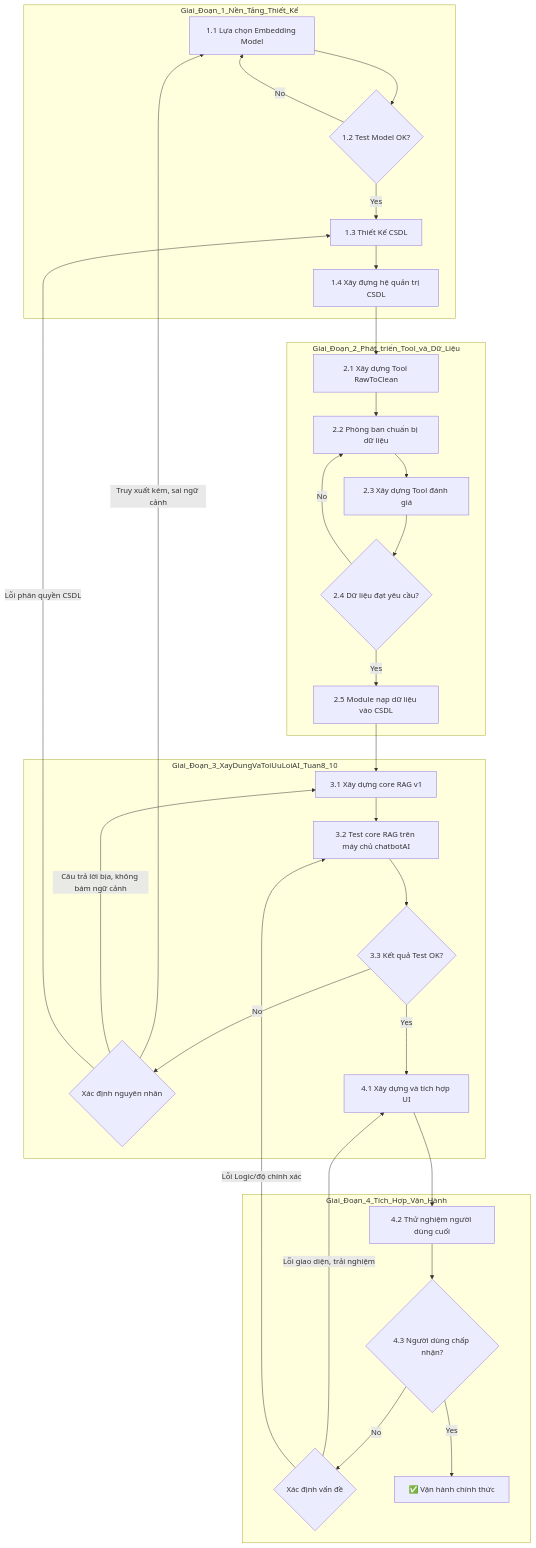
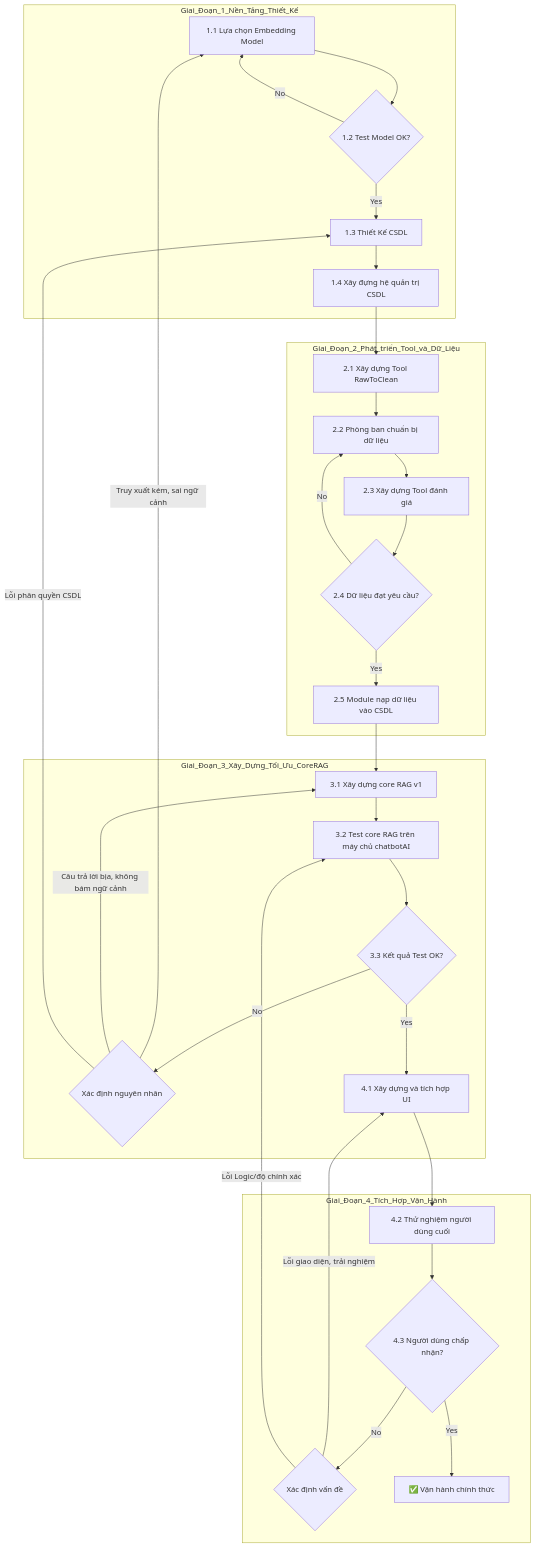
The diagram in biendo.md (ngoquytuan/chatbotweb), drawn with Mermaid before and after one commit.

````diff
--- a/biendo.md
+++ b/biendo.md
@@ -8,42 +8,42 @@
 ```mermaid
 graph TD
     subgraph Giai_Đoạn_1_Nền_Tảng_Thiết_Kế
         A1[1.1 Lựa chọn Embedding Model] --> A2{1.2 Test Model OK?}
         A2 -- Yes --> B1
         A2 -- No --> A1
         
         B1[1.3 Thiết Kế CSDL] --> B2[1.4 Xây đựng hệ quản trị CSDL]
     end
 
     subgraph Giai_Đoạn_2_Phát_triển_Tool_và_Dữ_Liệu
         C1[2.1 Xây dựng Tool RawToClean] --> C2[2.2 Phòng ban chuẩn bị dữ liệu]
         C2 --> D1[2.3 Xây dựng Tool đánh giá]
         D1 --> D2{2.4 Dữ liệu đạt yêu cầu?}
         D2 -- No --> C2
         D2 -- Yes --> E1[2.5 Module nạp dữ liệu vào CSDL]
     end
 
-    subgraph Giai_Đoạn_3_XayDungVaToiUuLoiAI_Tuan8_10
+    subgraph Giai_Đoạn_3_Xây_Dựng_Tối_Ưu_CoreRAG
         F1[3.1 Xây dựng core RAG v1] --> F2[3.2 Test core RAG trên máy chủ chatbotAI]
         F2 --> F3{3.3 Kết quả Test OK?}
         F3 -- No --> G1{Xác định nguyên nhân}
         F3 -- Yes --> H1
         G1 -- Truy xuất kém, sai ngữ cảnh --> A1
         G1 -- "Câu trả lời bịa, không bám ngữ cảnh" --> F1
         G1 -- Lỗi phân quyền CSDL --> B1
     end
 
     subgraph Giai_Đoạn_4_Tích_Hợp_Vận_Hành
         H1[4.1 Xây dựng và tích hợp UI] --> H2[4.2 Thử nghiệm người dùng cuối]
         H2 --> H3{4.3 Người dùng chấp nhận?}
         H3 -- No --> H4{Xác định vấn đề}
         H3 -- Yes --> I1[✅ Vận hành chính thức]
         H4 -- Lỗi giao diện, trải nghiệm --> H1
         H4 -- Lỗi Logic/độ chính xác --> F2
     end
     
     B2 --> C1
     E1 --> F1
 
 
 ```
````
